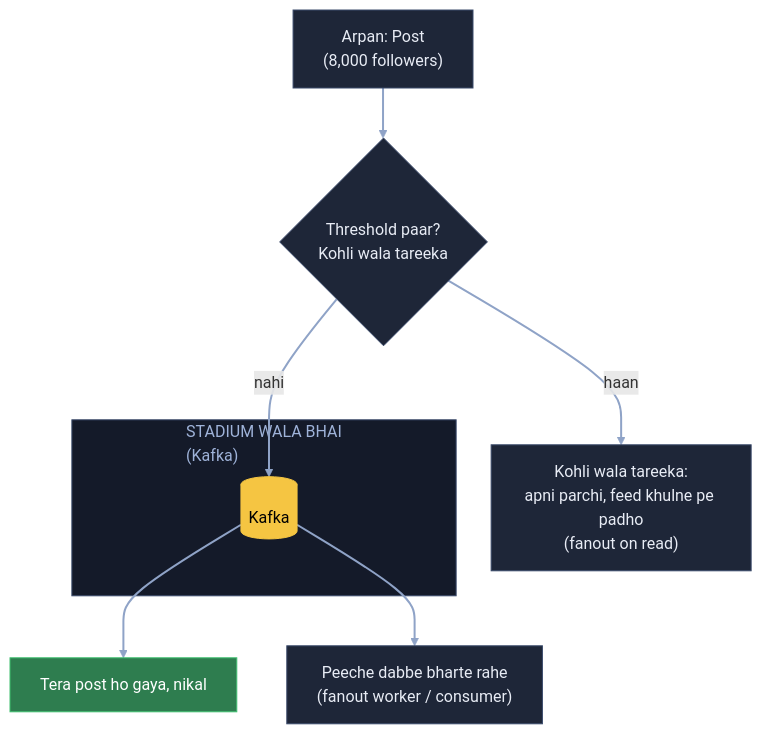
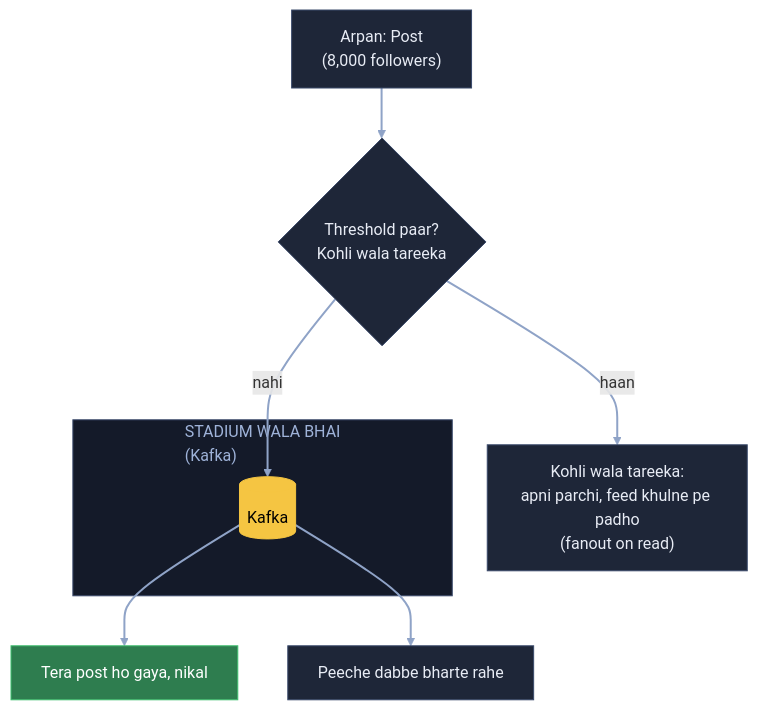
One commit to ArpanMaheshwari144/Prep changed the fourth of 21 diagrams in 04_HLD/SYSTEM_DESIGNS/03_twitter_feed/03_twitter_feed.md. Above: the diagram before and after it, drawn with Mermaid. The commit also changed other lines of this file and 20 other files, not shown here.

Commit message:
Diagram: sirf hand notes wale naam rahe (66 apne joda naam hataye); README 22-Nov tak update

````diff
--- a/04_HLD/SYSTEM_DESIGNS/03_twitter_feed/03_twitter_feed.md
+++ b/04_HLD/SYSTEM_DESIGNS/03_twitter_feed/03_twitter_feed.md
@@ -190,22 +190,22 @@
 ```mermaid
 flowchart TB
     A["Arpan: Post<br/>(8,000 followers)"]:::card
     T{"Threshold paar?<br/>Kohli wala tareeka"}:::card
     subgraph SB["STADIUM WALA BHAI<br/>(Kafka)"]
         K[("Kafka")]:::pill
     end
     OK["Tera post ho gaya, nikal"]:::good
-    W["Peeche dabbe bharte rahe<br/>(fanout worker / consumer)"]:::card
+    W["Peeche dabbe bharte rahe"]:::card
     C["Kohli wala tareeka:<br/>apni parchi, feed khulne pe padho<br/>(fanout on read)"]:::card
     A --> T
     T -- "nahi" --> K
     T -- "haan" --> C
     K --> OK
     K --> W
     linkStyle default stroke:#8fa3c7,stroke-width:2px
     classDef card fill:#1e2638,stroke:#3a4a6b,color:#e8ecf5
     classDef pill fill:#f5c542,stroke:#f5c542,color:#000
     classDef good fill:#2e7d4f,stroke:#3fbf6f,color:#fff
     classDef bad fill:#5c1f24,stroke:#e05561,color:#fff
     style SB fill:#141a29,stroke:#3a4a6b,color:#9fb3d9
 ```
````
